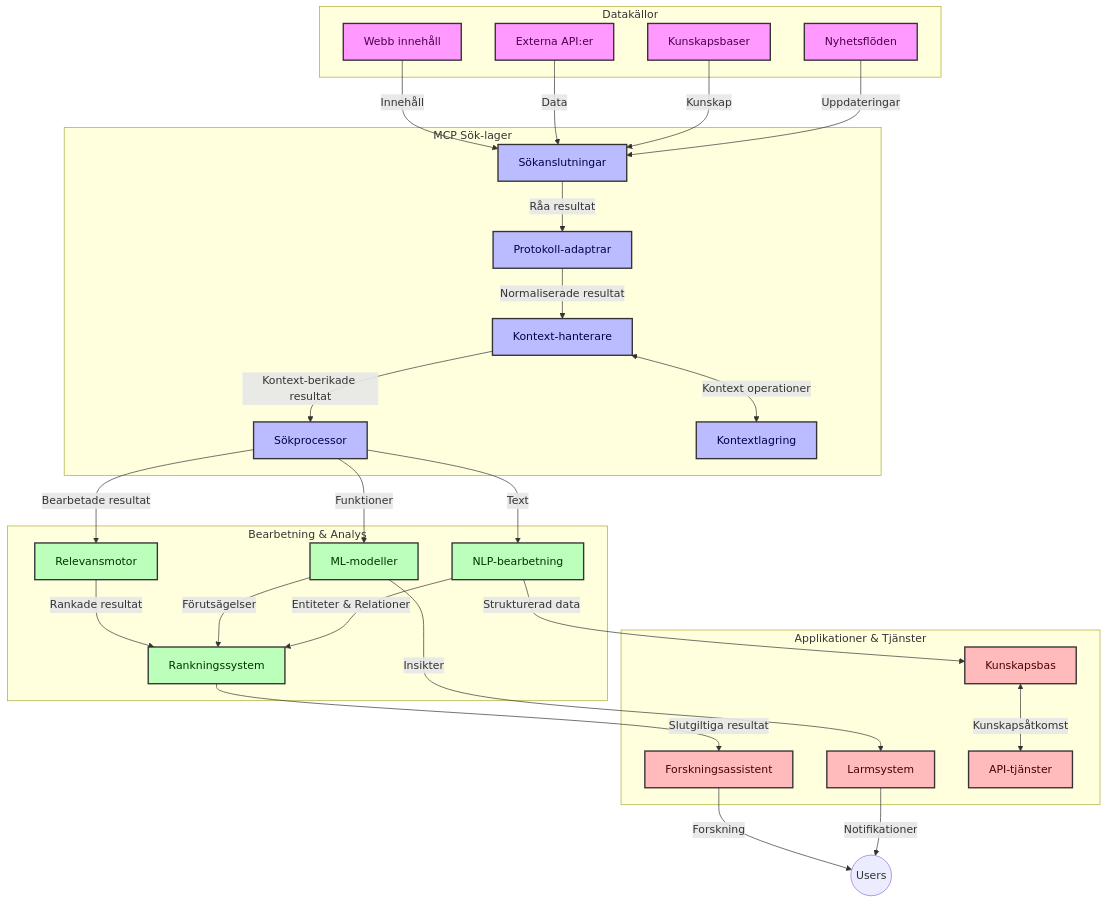
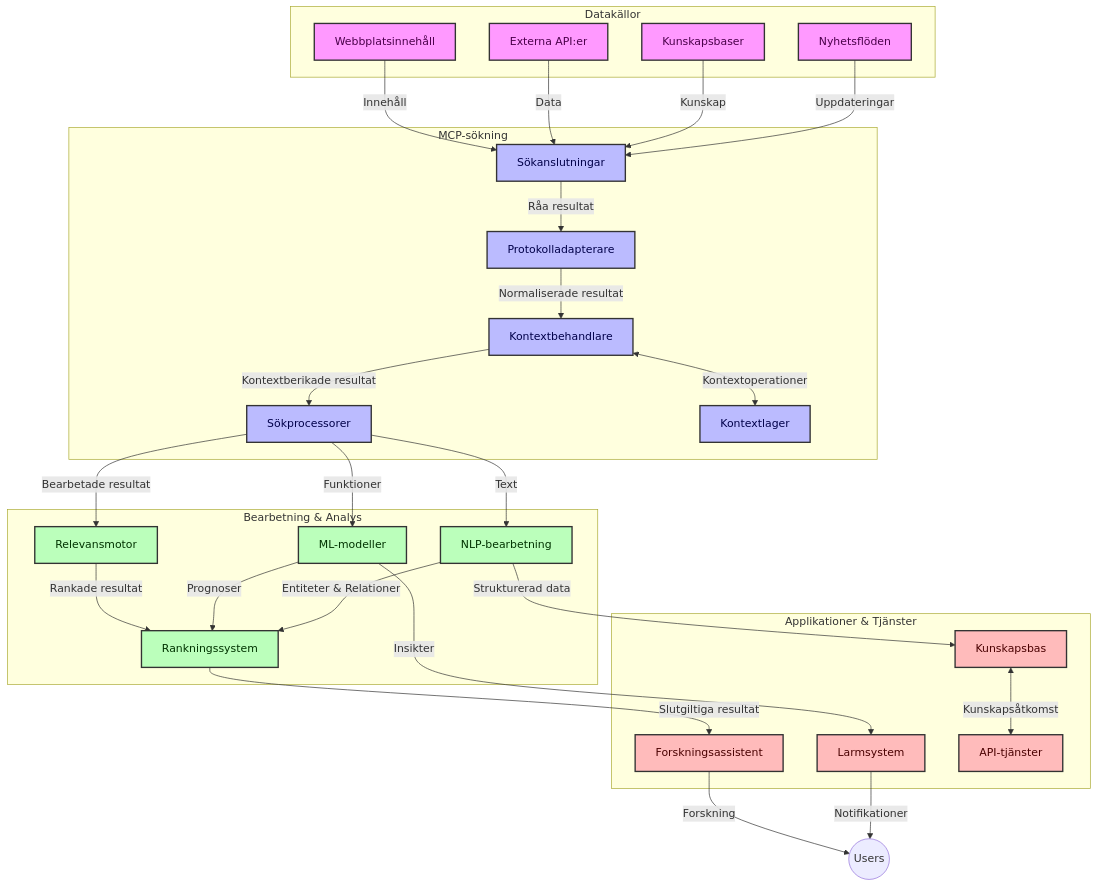
One commit to microsoft/mcp-for-beginners changed the first of 4 diagrams in translations/sv/05-AdvancedTopics/mcp-realtimesearch/README.md. Above: the diagram before and after it, drawn with Mermaid. The commit also changed other lines of this file and 148 other files, not shown here.

````diff
--- a/translations/sv/05-AdvancedTopics/mcp-realtimesearch/README.md
+++ b/translations/sv/05-AdvancedTopics/mcp-realtimesearch/README.md
@@ -109,66 +109,66 @@
 ```mermaid
 graph TD
     subgraph "Datakällor"
-        Web[Webb innehåll]
+        Web[Webbplatsinnehåll]
         APIs[Externa API:er]
         DB[Kunskapsbaser]
         News[Nyhetsflöden]
     end
 
-    subgraph "MCP Sök-lager"
+    subgraph "MCP-sökning"
         SC[Sökanslutningar]
-        PA[Protokoll-adaptrar]
-        CH[Kontext-hanterare]
-        SP[Sökprocessor]
-        CS[Kontextlagring]
+        PA[Protokolladapterare]
+        CH[Kontextbehandlare]
+        SP[Sökprocessorer]
+        CS[Kontextlager]
     end
 
     subgraph "Bearbetning & Analys"
         RE[Relevansmotor]
         ML[ML-modeller]
         NLP[NLP-bearbetning]
         Rank[Rankningssystem]
     end
 
     subgraph "Applikationer & Tjänster"
         RA[Forskningsassistent]
         Alerts[Larmsystem]
         KB[Kunskapsbas]
         API[API-tjänster]
     end
 
     Web -->|Innehåll| SC
     APIs -->|Data| SC
     DB -->|Kunskap| SC
     News -->|Uppdateringar| SC
     
     SC -->|Råa resultat| PA
     PA -->|Normaliserade resultat| CH
-    CH <-->|Kontext operationer| CS
-    CH -->|Kontext-berikade resultat| SP
+    CH <-->|Kontextoperationer| CS
+    CH -->|Kontextberikade resultat| SP
     SP -->|Bearbetade resultat| RE
     SP -->|Funktioner| ML
     SP -->|Text| NLP
     
     RE -->|Rankade resultat| Rank
-    ML -->|Förutsägelser| Rank
+    ML -->|Prognoser| Rank
     NLP -->|Entiteter & Relationer| Rank
     
     Rank -->|Slutgiltiga resultat| RA
     ML -->|Insikter| Alerts
     NLP -->|Strukturerad data| KB
     
     RA -->|Forskning| Users((Users))
     Alerts -->|Notifikationer| Users
     KB <-->|Kunskapsåtkomst| API
 
     classDef sources fill:#f9f,stroke:#333,stroke-width:2px,color:#4a004a
     classDef mcp fill:#bbf,stroke:#333,stroke-width:2px,color:#00004a
     classDef processing fill:#bfb,stroke:#333,stroke-width:2px,color:#003300
     classDef apps fill:#fbb,stroke:#333,stroke-width:2px,color:#4a0000
     
     class Web,APIs,DB,News sources
     class SC,PA,CH,SP,CS mcp
     class RE,ML,NLP,Rank processing
     class RA,Alerts,KB,API apps
 ```
````
